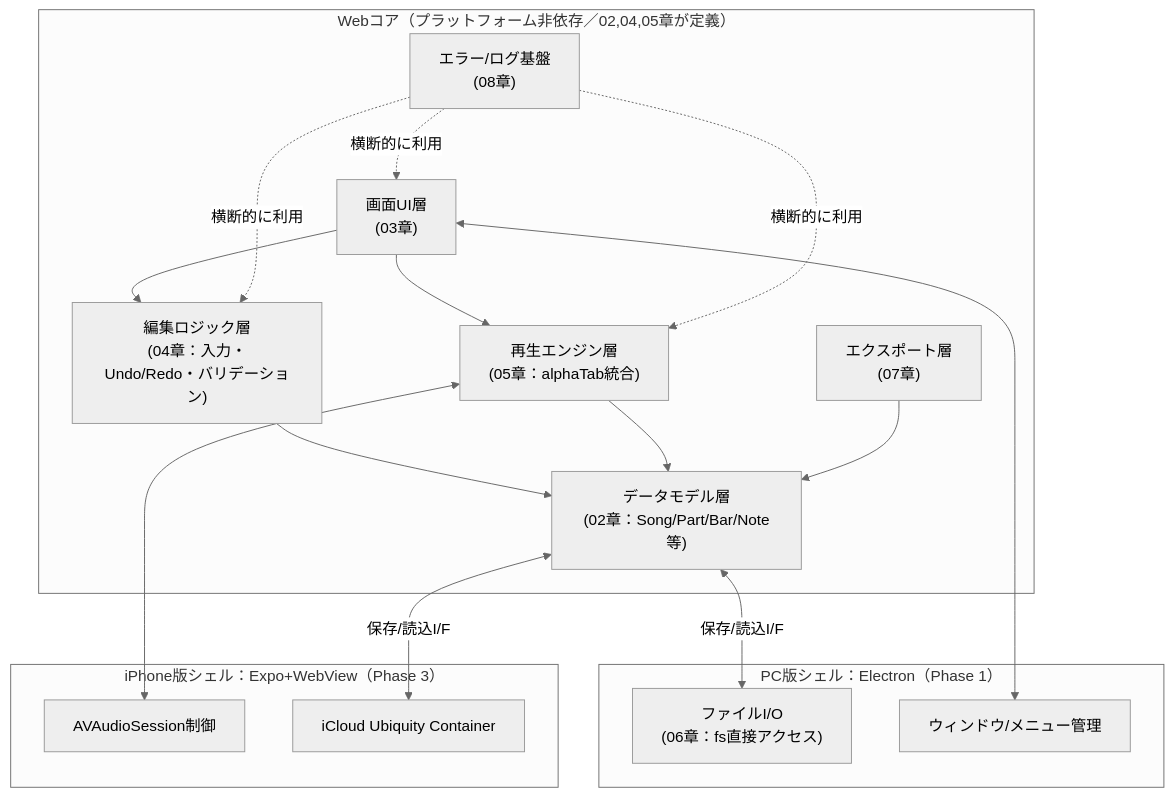
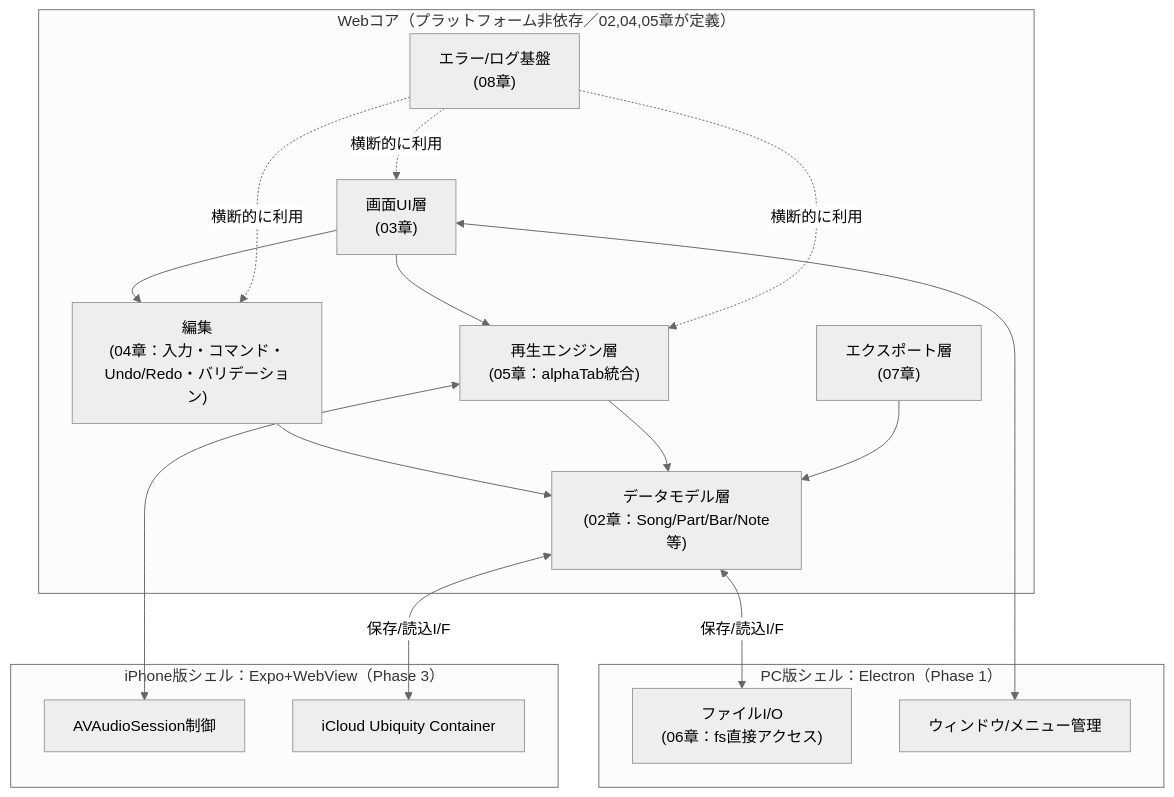
Before and after one commit to ippoooooshi/RiFF-LiNE: the diagram in docs/basic_design/00_overview.md, drawn with Mermaid (neutral theme). The commit also changed other lines of this file and 618 other files, not shown here.

````diff
--- a/docs/basic_design/00_overview.md
+++ b/docs/basic_design/00_overview.md
@@ -132,31 +142,31 @@
 ```mermaid
 flowchart TB
     subgraph Core["Webコア（プラットフォーム非依存／02,04,05章が定義）"]
         UI["画面UI層\n(03章)"]
-        EDIT["編集ロジック層\n(04章：入力・Undo/Redo・バリデーション)"]
+        EDIT["編集\n(04章：入力・コマンド・Undo/Redo・バリデーション)"]
         PLAY["再生エンジン層\n(05章：alphaTab統合)"]
         MODEL["データモデル層\n(02章：Song/Part/Bar/Note等)"]
         EXPORT["エクスポート層\n(07章)"]
         ERR["エラー/ログ基盤\n(08章)"]
     end
     subgraph PCShell["PC版シェル：Electron（Phase 1）"]
         FS["ファイルI/O\n(06章：fs直接アクセス)"]
         WIN["ウィンドウ/メニュー管理"]
     end
     subgraph MobileShell["iPhone版シェル：Expo+WebView（Phase 3）"]
         AVAUDIO["AVAudioSession制御"]
         UBIQ["iCloud Ubiquity Container"]
     end
 
     UI --> EDIT --> MODEL
     PLAY --> MODEL
     EXPORT --> MODEL
     UI --> PLAY
     ERR -.横断的に利用.-> UI
     ERR -.横断的に利用.-> EDIT
     ERR -.横断的に利用.-> PLAY
     MODEL <-->|保存/読込I/F| FS
     MODEL <-->|保存/読込I/F| UBIQ
     UI <--> WIN
     PLAY <--> AVAUDIO
 ```
````
